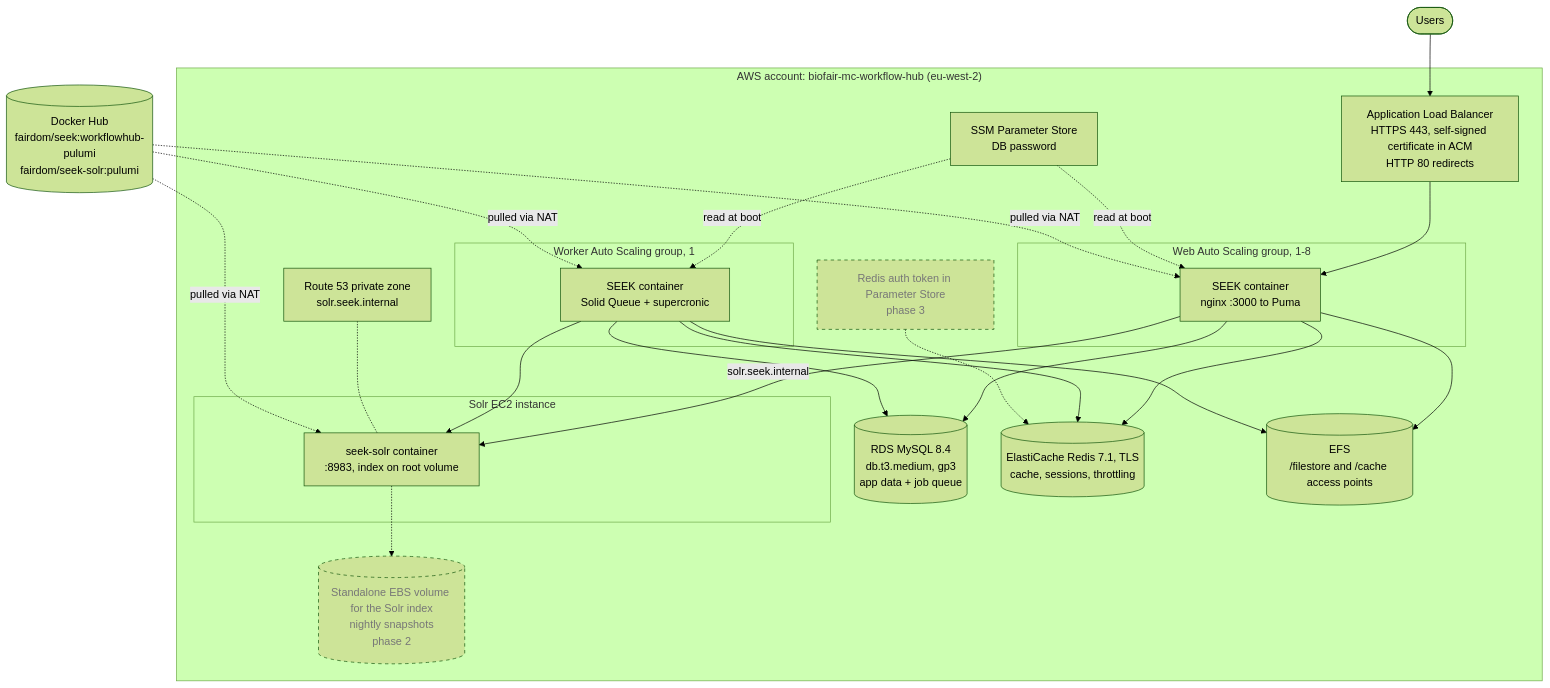
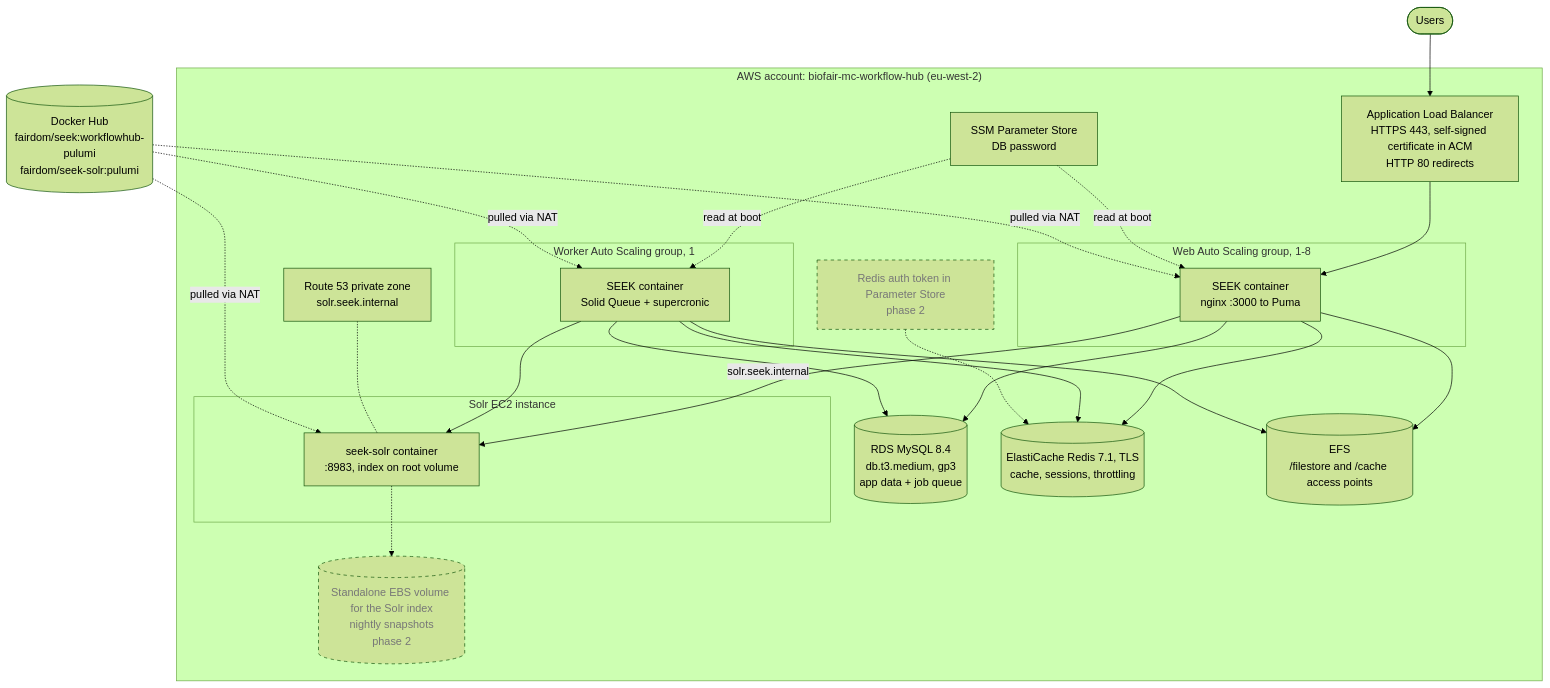
The second of 5 diagrams in docs/pulumi-architecture.md (seek4science/seek), drawn with Mermaid (forest theme) before and after one commit. The commit also changed 3 other files, not shown here.

````diff
--- a/docs/pulumi-architecture.md
+++ b/docs/pulumi-architecture.md
@@ -62,49 +62,49 @@
 ```mermaid
 flowchart TB
     users(["Users"])
     hub[("Docker Hub<br/>fairdom/seek:workflowhub-pulumi<br/>fairdom/seek-solr:pulumi")]
 
     subgraph aws["AWS account: biofair-mc-workflow-hub (eu-west-2)"]
         alb["Application Load Balancer<br/>HTTPS 443, self-signed certificate in ACM<br/>HTTP 80 redirects"]
 
         subgraph webasg["Web Auto Scaling group, 1-8"]
             web["SEEK container<br/>nginx :3000 to Puma"]
         end
         subgraph workerasg["Worker Auto Scaling group, 1"]
             workers["SEEK container<br/>Solid Queue + supercronic"]
         end
         subgraph solrbox["Solr EC2 instance"]
             solr["seek-solr container<br/>:8983, index on root volume"]
         end
 
         privdns["Route 53 private zone<br/>solr.seek.internal"]
         rds[("RDS MySQL 8.4<br/>db.t3.medium, gp3<br/>app data + job queue")]
         redis[("ElastiCache Redis 7.1, TLS<br/>cache, sessions, throttling")]
         efs[("EFS<br/>/filestore and /cache access points")]
         params["SSM Parameter Store<br/>DB password"]
 
         ebs[("Standalone EBS volume for the Solr index<br/>nightly snapshots<br/>phase 2")]
-        token["Redis auth token in Parameter Store<br/>phase 3"]
+        token["Redis auth token in Parameter Store<br/>phase 2"]
     end
 
     users --> alb --> web
     web --> rds
     web --> redis
     web --> efs
     web -- "solr.seek.internal" --> solr
     workers --> rds
     workers --> redis
     workers --> efs
     workers --> solr
     privdns -.- solr
     params -. "read at boot" .-> web
     params -. "read at boot" .-> workers
     hub -. "pulled via NAT" .-> web
     hub -. "pulled via NAT" .-> workers
     hub -. "pulled via NAT" .-> solr
     solr -.-> ebs
     token -.-> redis
 
     classDef planned stroke-dasharray:5 5,color:#777
     class ebs,token planned
 ```
````
